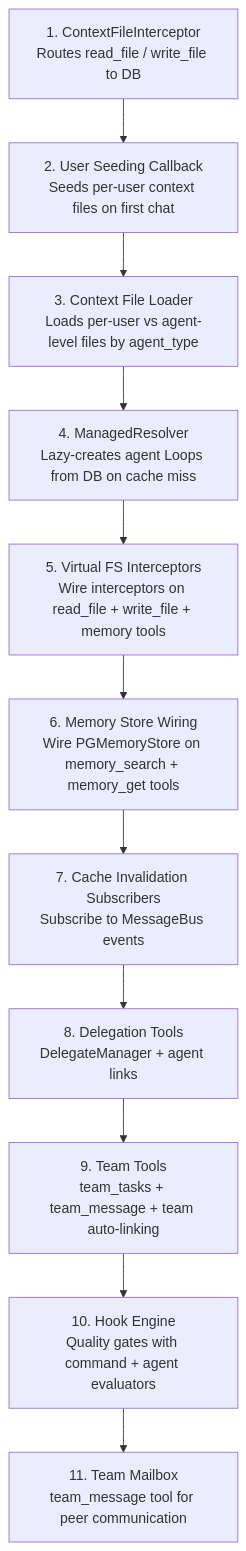
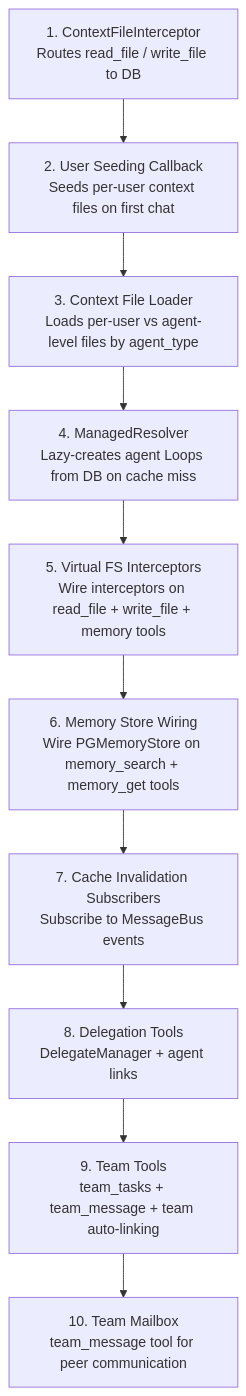
The fourth of 6 diagrams in docs/00-architecture-overview.md (qkhalk/goclaw), drawn with Mermaid before and after one commit. The commit also changed other lines of this file and 20 other files, not shown here.

First line of the commit message:
refactor: remove dead quality gates / hook engine code

````diff
--- a/docs/00-architecture-overview.md
+++ b/docs/00-architecture-overview.md
@@ -248,14 +238,13 @@
 ```mermaid
 flowchart TD
     W1["1. ContextFileInterceptor<br/>Routes read_file / write_file to DB"] --> W2
     W2["2. User Seeding Callback<br/>Seeds per-user context files on first chat"] --> W3
     W3["3. Context File Loader<br/>Loads per-user vs agent-level files by agent_type"] --> W4
     W4["4. ManagedResolver<br/>Lazy-creates agent Loops from DB on cache miss"] --> W5
     W5["5. Virtual FS Interceptors<br/>Wire interceptors on read_file + write_file + memory tools"] --> W6
     W6["6. Memory Store Wiring<br/>Wire PGMemoryStore on memory_search + memory_get tools"] --> W7
     W7["7. Cache Invalidation Subscribers<br/>Subscribe to MessageBus events"] --> W8
     W8["8. Delegation Tools<br/>DelegateManager + agent links"] --> W9
     W9["9. Team Tools<br/>team_tasks + team_message + team auto-linking"] --> W10
-    W10["10. Hook Engine<br/>Quality gates with command + agent evaluators"] --> W11
-    W11["11. Team Mailbox<br/>team_message tool for peer communication"]
+    W10["10. Team Mailbox<br/>team_message tool for peer communication"]
 ```
````
